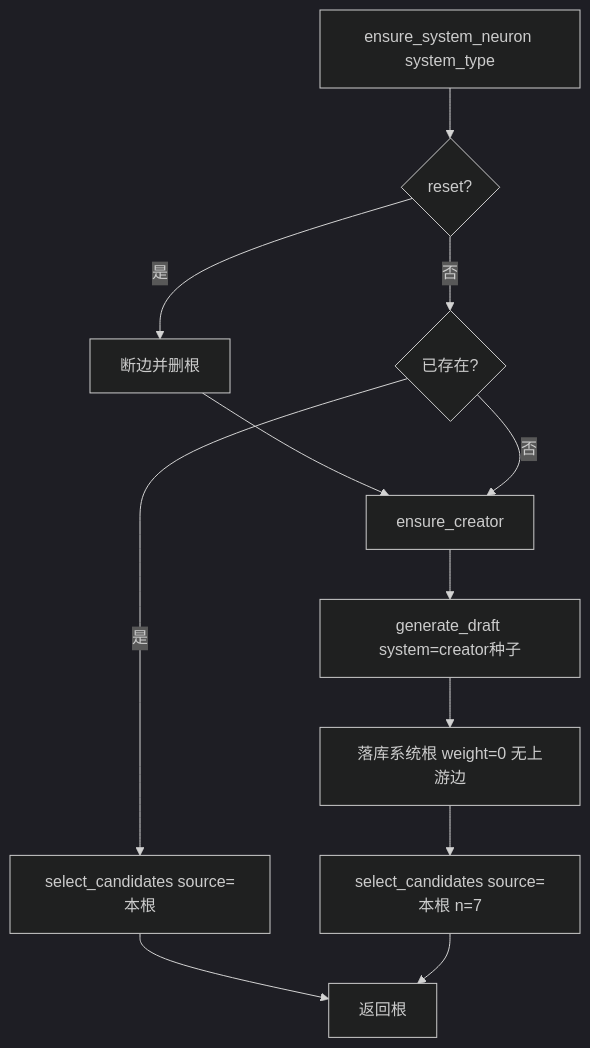
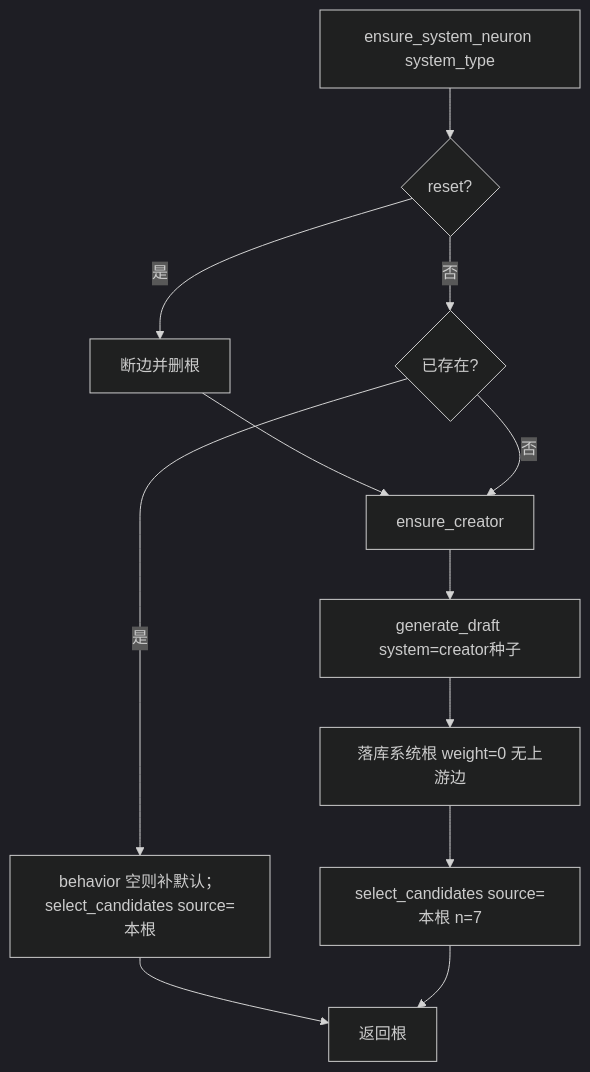
One commit to luoanb/new-start changed the third of 4 diagrams in docs/pulsar/neuron-init.md. Above: the diagram before and after it, drawn with Mermaid (dark theme). The commit also changed other lines of this file and 4 other files, not shown here.

````diff
--- a/docs/pulsar/neuron-init.md
+++ b/docs/pulsar/neuron-init.md
@@ -84,14 +84,14 @@
 ```mermaid
 flowchart TD
   A[ensure_system_neuron system_type] --> B{reset?}
   B -->|是| C[断边并删根]
   B -->|否| D{已存在?}
-  D -->|是| E[select_candidates source=本根]
+  D -->|是| E[behavior 空则补默认；select_candidates source=本根]
   C --> F[ensure_creator]
   D -->|否| F
   F --> G[generate_draft system=creator种子]
   G --> H[落库系统根 weight=0 无上游边]
   H --> I[select_candidates source=本根 n=7]
   E --> J[返回根]
   I --> J
 ```
````
